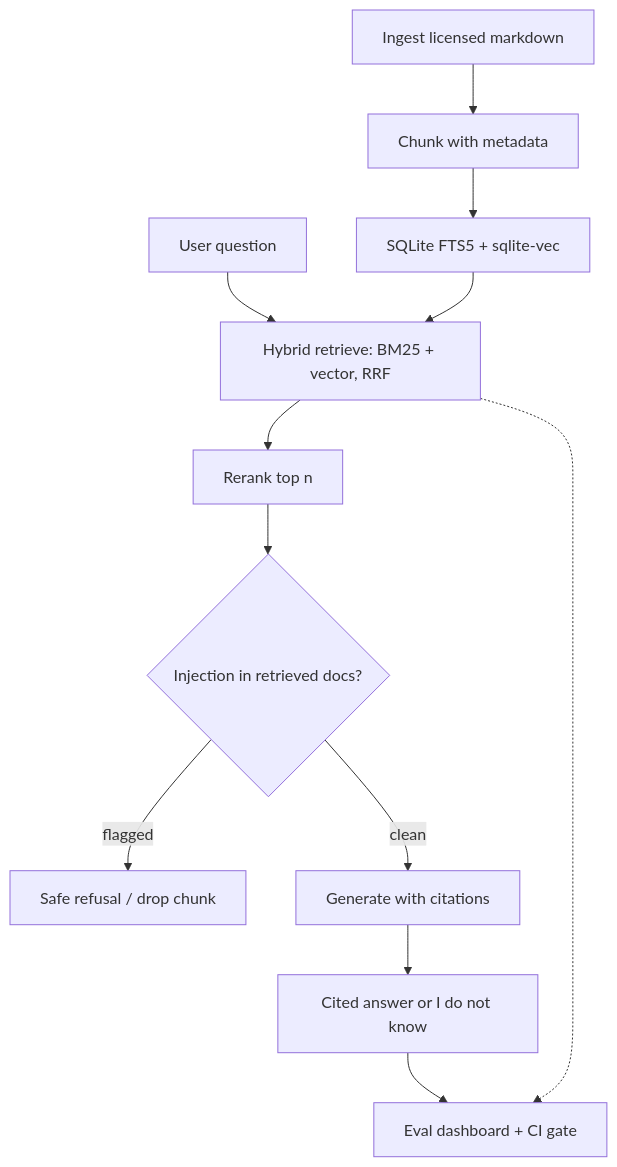
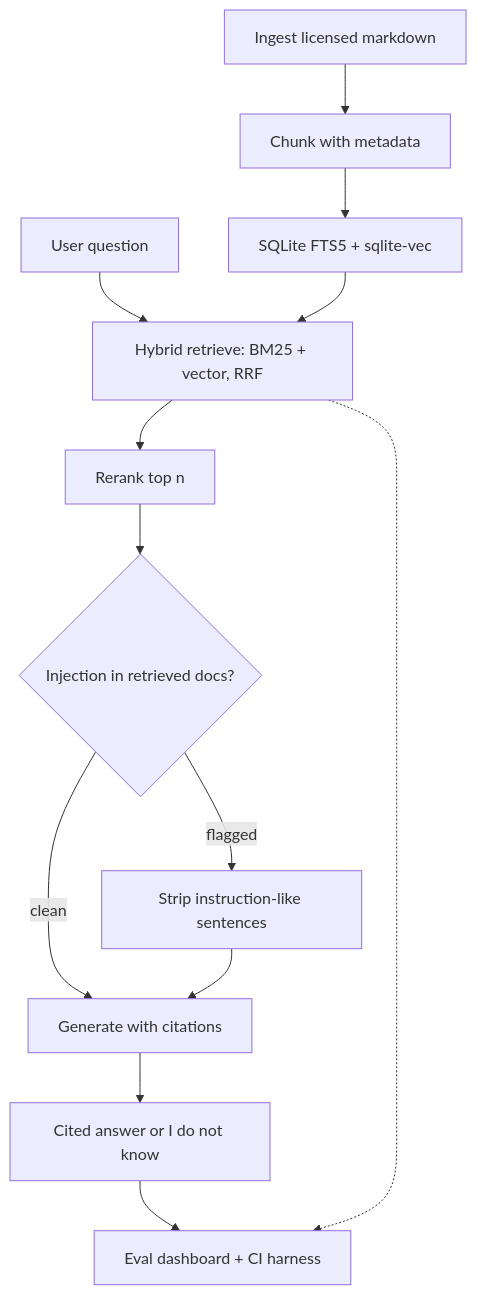
One commit to Anondevnet/audit-rag-assistant changed the diagram in README.md. Above: the diagram before and after it, drawn with Mermaid. The commit also changed other lines of this file and 33 other files, not shown here.

First line of the commit message:
Add Milestone 2: cited generation, guards, and eval harness

````diff
--- a/README.md
+++ b/README.md
@@ -23,14 +69,15 @@
 ```mermaid
 flowchart TD
   A[Ingest licensed markdown] --> B[Chunk with metadata]
   B --> C[SQLite FTS5 + sqlite-vec]
   Q[User question] --> D[Hybrid retrieve: BM25 + vector, RRF]
   C --> D
   D --> E[Rerank top n]
   E --> F{Injection in retrieved docs?}
-  F -->|flagged| G[Safe refusal / drop chunk]
+  F -->|flagged| G[Strip instruction-like sentences]
   F -->|clean| H[Generate with citations]
+  G --> H
   H --> I[Cited answer or I do not know]
-  I --> J[Eval dashboard + CI gate]
+  I --> J[Eval dashboard + CI harness]
   D -.-> J
 ```
````
